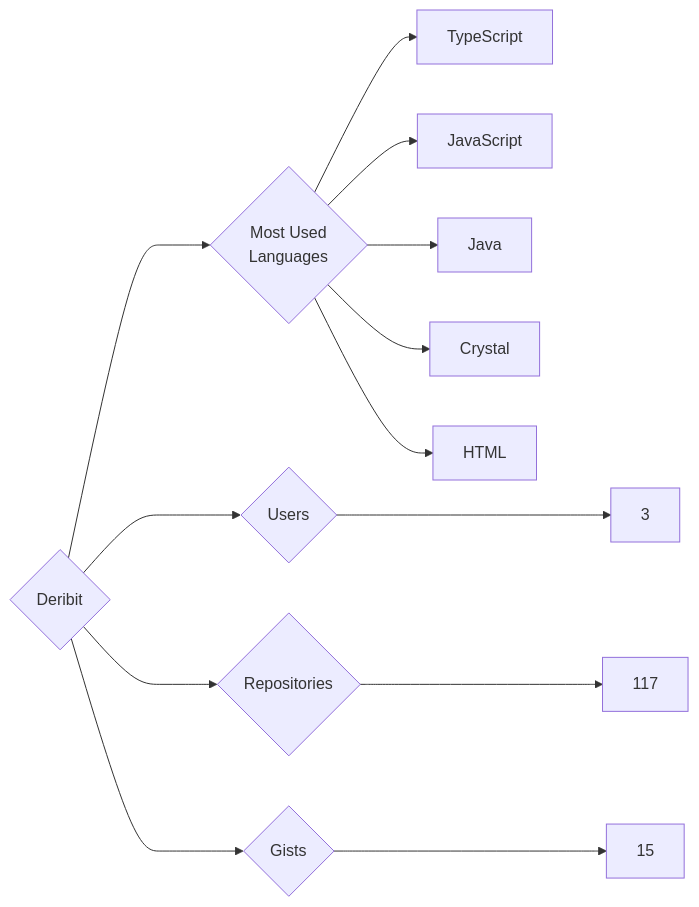
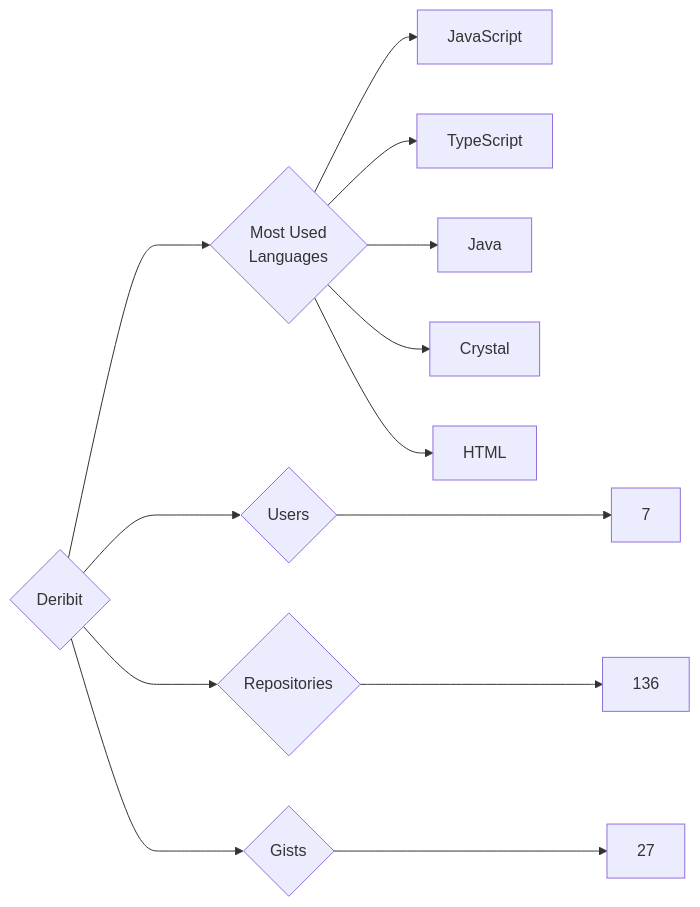
Before and after one commit to trickest/insiders: the diagram in targets/Deribit/README.md, drawn with Mermaid. The commit also changed 699 other files, not shown here.

````diff
--- a/targets/Deribit/README.md
+++ b/targets/Deribit/README.md
@@ -3,13 +3,13 @@
 ```mermaid
 graph LR
 COMPANY_NAME{Deribit}
-COMPANY_NAME ---> U{Users} ---> UN[3]
-COMPANY_NAME ---> R{Repositories} ---> RN[117]
-COMPANY_NAME ---> G{Gists} ---> GN[15]
+COMPANY_NAME ---> U{Users} ---> UN[7]
+COMPANY_NAME ---> R{Repositories} ---> RN[136]
+COMPANY_NAME ---> G{Gists} ---> GN[27]
 COMPANY_NAME ---> ML{Most Used<br>Languages}
+ML --> JavaScript[JavaScript]
 ML --> TypeScript[TypeScript]
-ML --> JavaScript[JavaScript]
 ML --> Java[Java]
 ML --> Crystal[Crystal]
 ML --> HTML[HTML]
 ```
````
